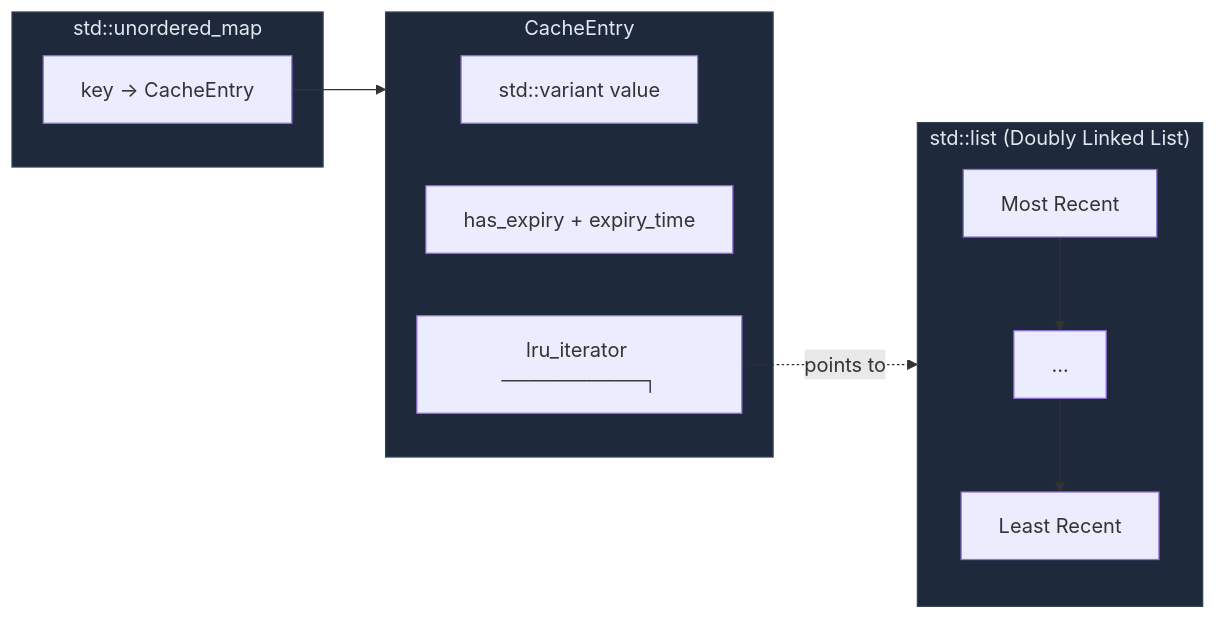
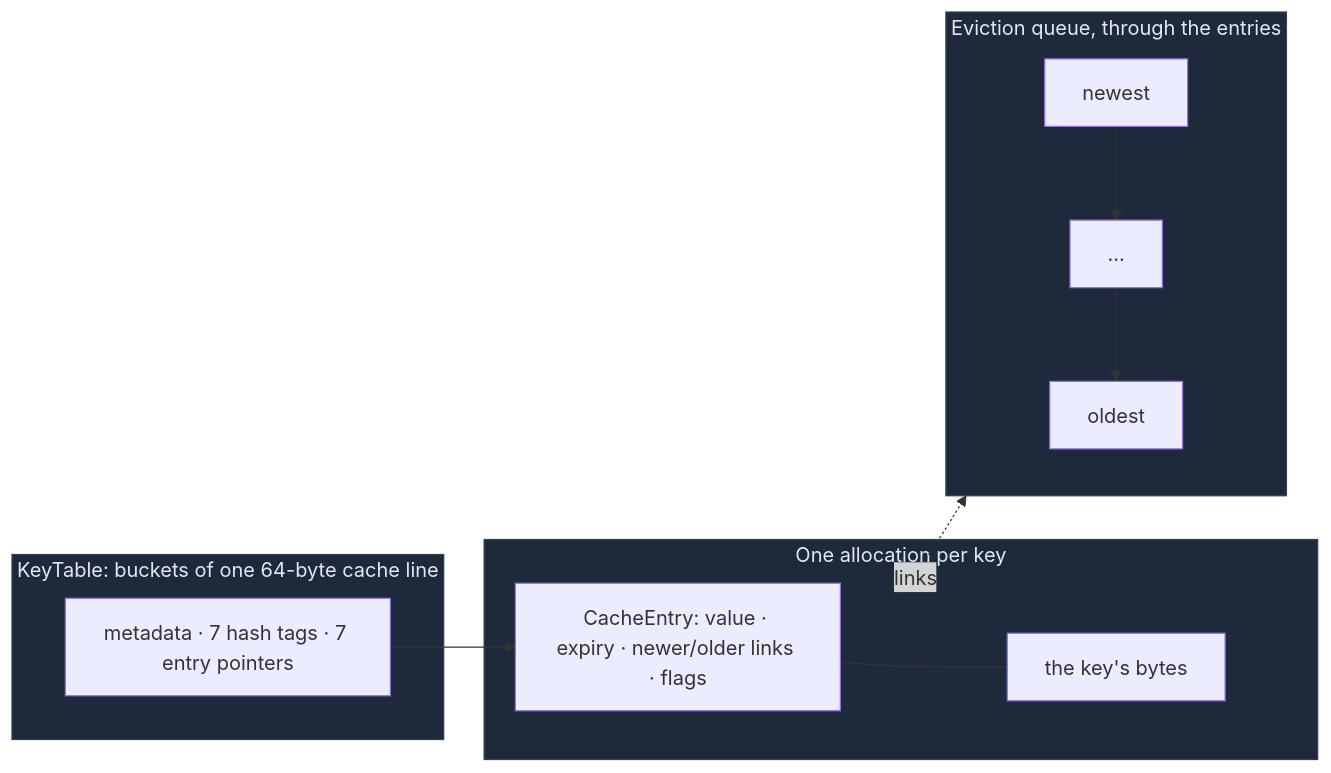
Before and after one commit to madhavthesiya/kosh: the second of 2 diagrams in README.md, drawn with Mermaid. The commit also changed other lines of this file and 1 other file, not shown here.

````diff
--- a/README.md
+++ b/README.md
@@ -187,23 +186,23 @@
 ```mermaid
 graph LR
-    subgraph HashMap["std::unordered_map"]
-        A["key → CacheEntry"]
+    subgraph Table["KeyTable: buckets of one 64-byte cache line"]
+        B["metadata · 7 hash tags · 7 entry pointers"]
     end
 
-    subgraph DLL["std::list (Doubly Linked List)"]
-        MRU["Most Recent"] --> N2["..."] --> LRU["Least Recent"]
+    subgraph Entry["One allocation per key"]
+        V["CacheEntry: value · expiry · newer/older links · flags"]
+        K["the key's bytes"]
     end
 
-    subgraph Entry["CacheEntry"]
-        V["std::variant value"]
-        E["has_expiry + expiry_time"]
-        I["lru_iterator ──────────┐"]
+    subgraph Queue["Eviction queue, through the entries"]
+        N["newest"] --> M["..."] --> O["oldest"]
     end
 
-    A --> Entry
-    I -.->|points to| DLL
+    B --> V
+    V --- K
+    V -.->|links| Queue
 
-    style HashMap fill:#1e293b,color:#e2e8f0,stroke:#334155
-    style DLL fill:#1e293b,color:#e2e8f0,stroke:#334155
+    style Table fill:#1e293b,color:#e2e8f0,stroke:#334155
     style Entry fill:#1e293b,color:#e2e8f0,stroke:#334155
+    style Queue fill:#1e293b,color:#e2e8f0,stroke:#334155
 ```
````
